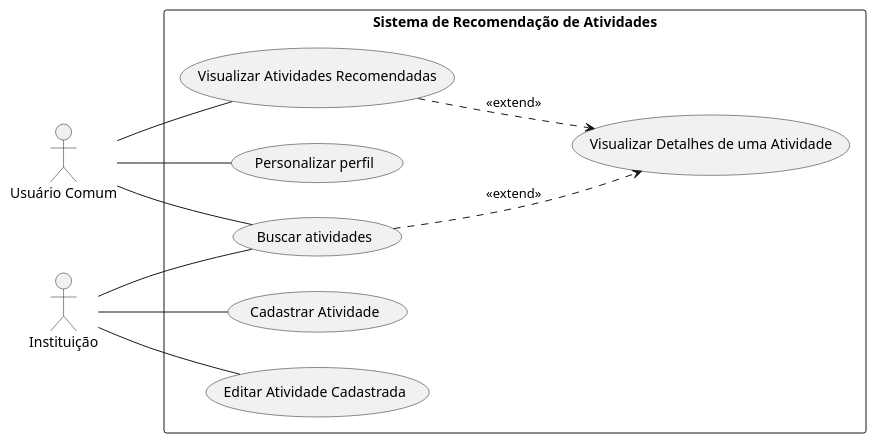
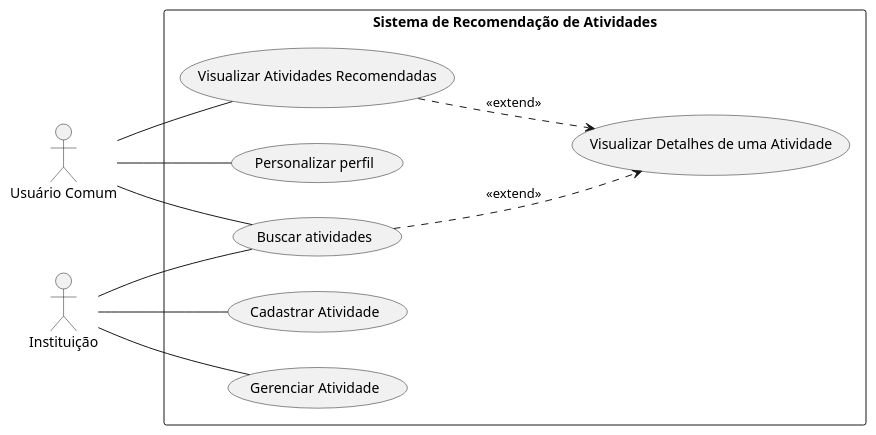
Before and after one commit to J-B-Works/Wisp: the diagram in Modelagem/Casos de Uso.puml, drawn with PlantUML.

Commit message:
Change "Editar atividade Cadastrada" to "Gerenciar Atividades" in Casos se Uso.puml

```diff
--- a/Modelagem/Casos de Uso.puml
+++ b/Modelagem/Casos de Uso.puml
@@ -1,34 +1,34 @@
 @startuml
     left to right direction
 
     actor "Usuário Comum" as User
     actor "Instituição" as Inst
 
     rectangle "Sistema de Recomendação de Atividades" {
         usecase "Personalizar perfil" as UC_PP
         usecase "Visualizar Atividades Recomendadas" as UC_VAR
         usecase "Visualizar Detalhes de uma Atividade" as UC_VDDUA
         usecase "Buscar atividades" as UC_BA
         usecase "Cadastrar Atividade" as UC_CNA
-        usecase "Editar Atividade Cadastrada" as UC_EAC
+        usecase "Gerenciar Atividade" as UC_EAC
     
     }
 
     ' Relacionamentos do Usuário:
     User -- UC_PP
     User -- UC_VAR
     User -- UC_BA
 
     ' Relacionamentos da Instituição:
     Inst -- UC_BA
     Inst -- UC_CNA
     Inst -- UC_EAC
 
     'Extends:
     UC_VAR -[hidden]down- UC_VDDUA
     UC_BA -[hidden]down- UC_VDDUA
 
     UC_VAR .> UC_VDDUA : <<extend>>
     UC_BA .> UC_VDDUA : <<extend>>
 
 @enduml
```
